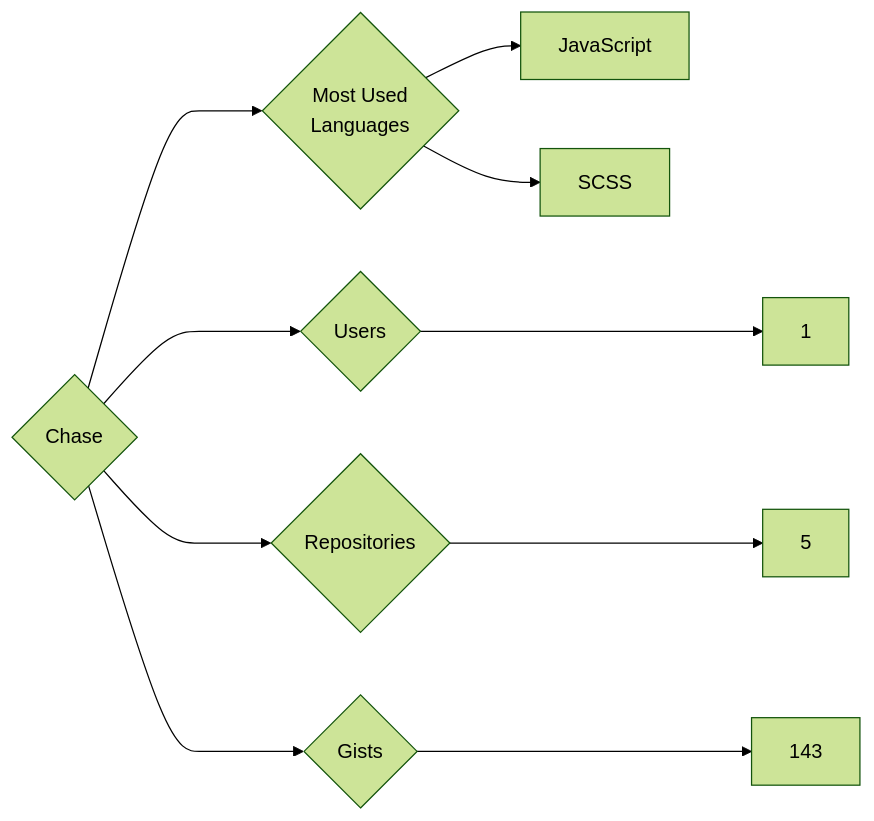
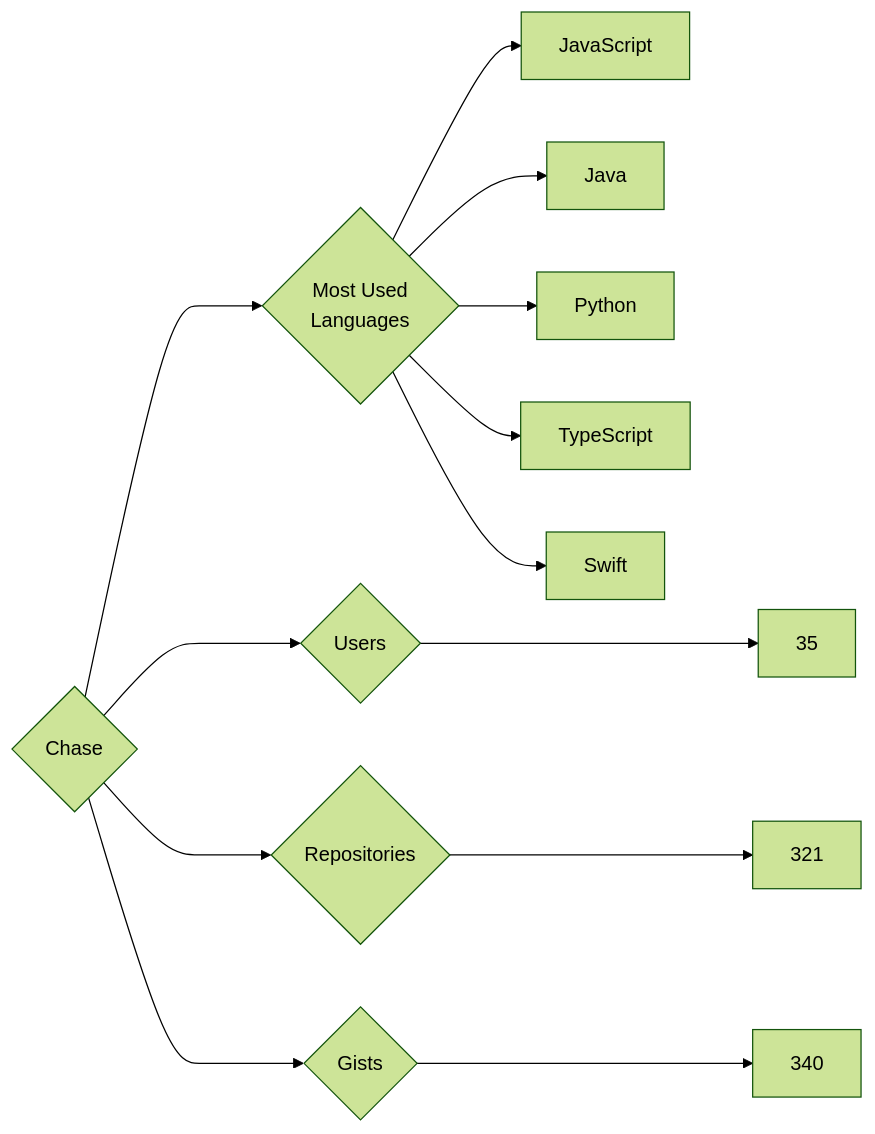
One commit to trickest/insiders changed the diagram in targets/Chase/README.md. Above: the diagram before and after it, drawn with Mermaid (forest theme). The commit also changed 714 other files, not shown here.

````diff
--- a/targets/Chase/README.md
+++ b/targets/Chase/README.md
@@ -3,10 +3,13 @@
 ```mermaid
 graph LR
 COMPANY_NAME{Chase}
-COMPANY_NAME ---> U{Users} ---> UN[1]
-COMPANY_NAME ---> R{Repositories} ---> RN[5]
-COMPANY_NAME ---> G{Gists} ---> GN[143]
+COMPANY_NAME ---> U{Users} ---> UN[35]
+COMPANY_NAME ---> R{Repositories} ---> RN[321]
+COMPANY_NAME ---> G{Gists} ---> GN[340]
 COMPANY_NAME ---> ML{Most Used<br>Languages}
 ML --> JavaScript[JavaScript]
-ML --> SCSS[SCSS]
+ML --> Java[Java]
+ML --> Python[Python]
+ML --> TypeScript[TypeScript]
+ML --> Swift[Swift]
 ```
````
